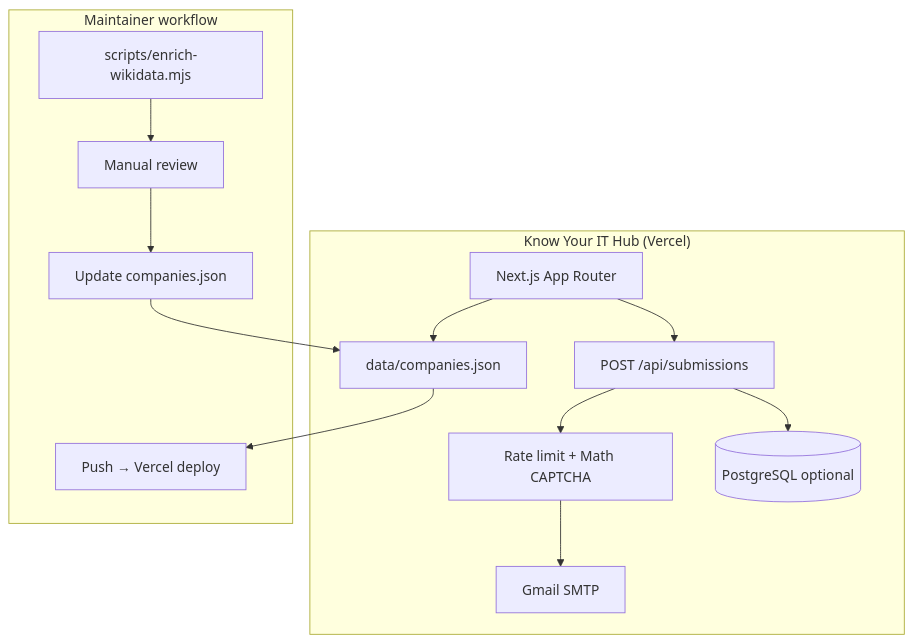
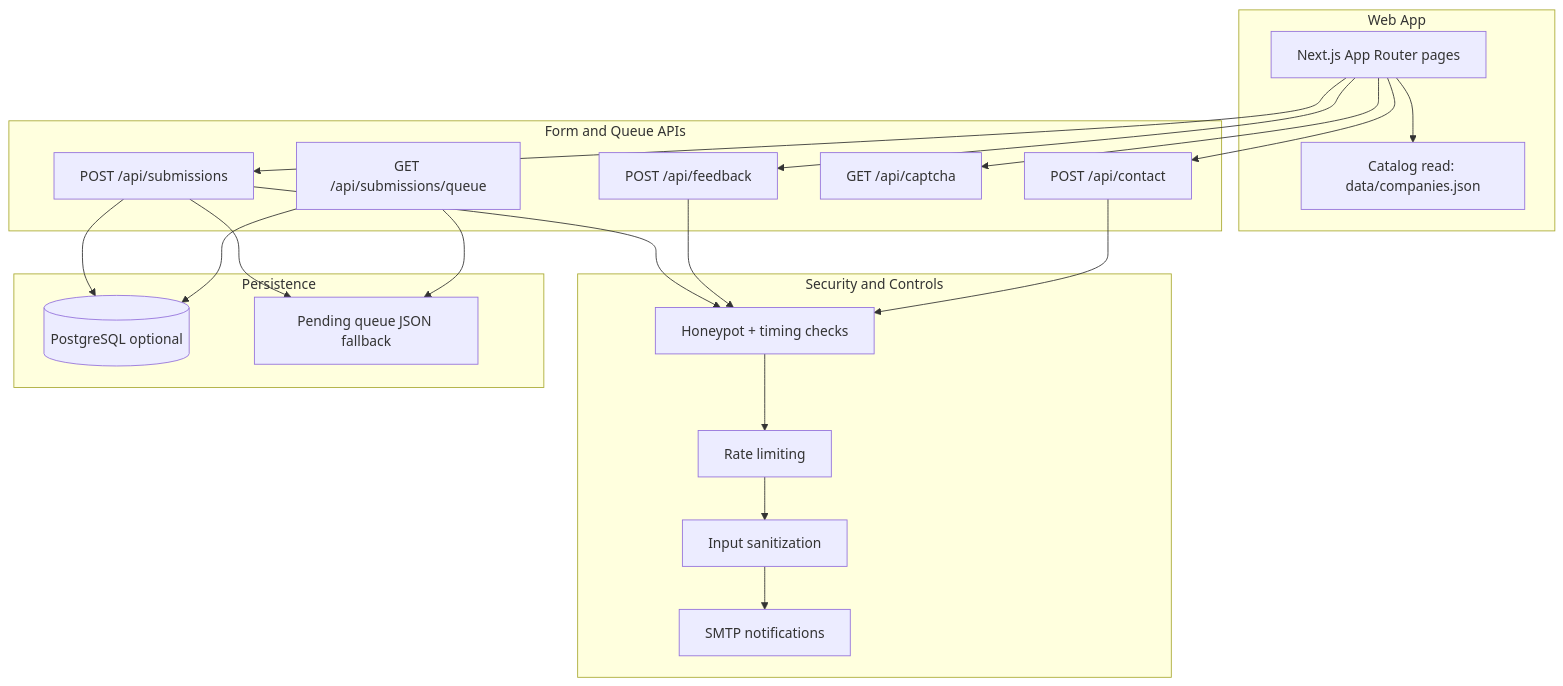
The diagram in README.md (nuthanm/KnowYourCompanyType), drawn with Mermaid before and after one commit. The commit also changed other lines of this file and 21 other files, not shown here.

````diff
--- a/README.md
+++ b/README.md
@@ -28,24 +67,40 @@
 ```mermaid
 flowchart TB
-  subgraph App["Know Your IT Hub (Vercel)"]
-    UI["Next.js App Router"]
-    JSON["data/companies.json"]
-    POST["POST /api/submissions"]
-    RL["Rate limit + Math CAPTCHA"]
-    SMTP["Gmail SMTP"]
-    DB[("PostgreSQL optional")]
+  subgraph Frontend["Web App"]
+    UI["Next.js App Router pages"]
+    DATA["Catalog read: data/companies.json"]
   end
 
-  subgraph Maintain["Maintainer workflow"]
-    DRAFT["scripts/enrich-wikidata.mjs"]
-    REVIEW["Manual review"]
-    MERGE["Update companies.json"]
-    DEPLOY["Push → Vercel deploy"]
+  subgraph APIs["Form and Queue APIs"]
+    SUBMIT["POST /api/submissions"]
+    FEED["POST /api/feedback"]
+    CONTACT["POST /api/contact"]
+    CAPTCHA["GET /api/captcha"]
+    QUEUE["GET /api/submissions/queue"]
   end
 
-  UI --> JSON
-  UI --> POST
-  POST --> RL --> SMTP
-  POST --> DB
-  DRAFT --> REVIEW --> MERGE --> JSON --> DEPLOY
+  subgraph Controls["Security and Controls"]
+    BOT["Honeypot + timing checks"]
+    LIMIT["Rate limiting"]
+    SAN["Input sanitization"]
+    MAIL["SMTP notifications"]
+  end
+
+  subgraph Storage["Persistence"]
+    PG[("PostgreSQL optional")]
+    JSONQ["Pending queue JSON fallback"]
+  end
+
+  UI --> DATA
+  UI --> SUBMIT
+  UI --> FEED
+  UI --> CONTACT
+  UI --> CAPTCHA
+  SUBMIT --> BOT --> LIMIT --> SAN --> MAIL
+  FEED --> BOT
+  CONTACT --> BOT
+  SUBMIT --> PG
+  SUBMIT --> JSONQ
+  QUEUE --> PG
+  QUEUE --> JSONQ
 ```
````
